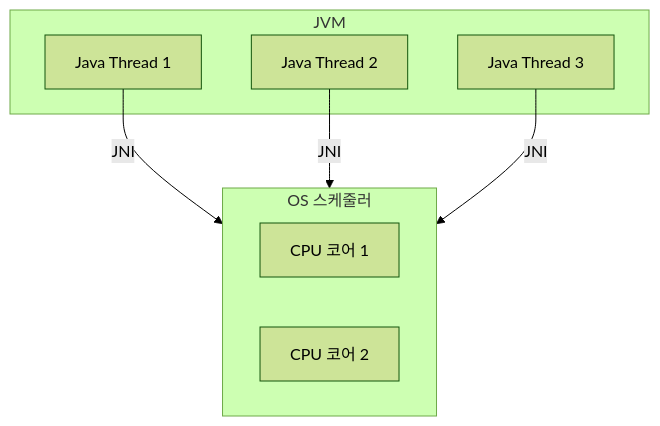
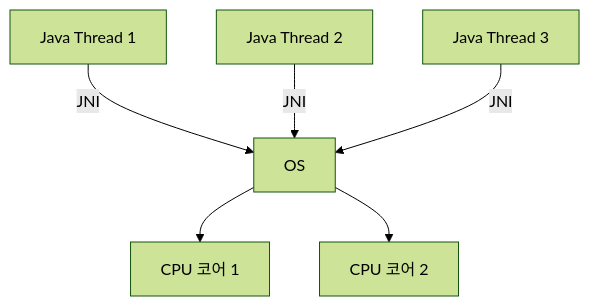
One commit to yjkim2015/yjkim2015.github.io changed the third of 17 diagrams in _posts/java/2026-05-01-java-thread.md. Above: the diagram before and after it, drawn with Mermaid (forest theme). The commit also changed other lines of this file and 155 other files, not shown here.

First line of the commit message:
Mermaid 전면 수정: subgraph 제거, participant/노드/줄수 축소 (342블록)

````diff
--- a/_posts/java/2026-05-01-java-thread.md
+++ b/_posts/java/2026-05-01-java-thread.md
@@ -65,10 +65,6 @@
 ```mermaid
 graph TD
-  subgraph JVM
-    JT1[Java Thread 1] & JT2[Java Thread 2] & JT3[Java Thread 3]
-  end
-  JT1 & JT2 & JT3 -->|JNI| OS
-  subgraph OS["OS 스케줄러"]
-    CPU1[CPU 코어 1] & CPU2[CPU 코어 2]
-  end
+  JT1[Java Thread 1] & JT2[Java Thread 2] & JT3[Java Thread 3] -->|JNI| OS
+  OS --> CPU1[CPU 코어 1]
+  OS --> CPU2[CPU 코어 2]
 ```
````
